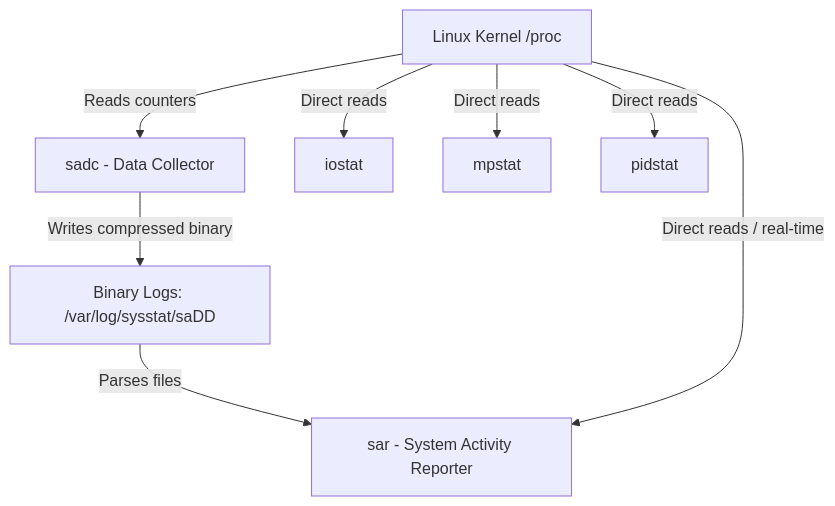
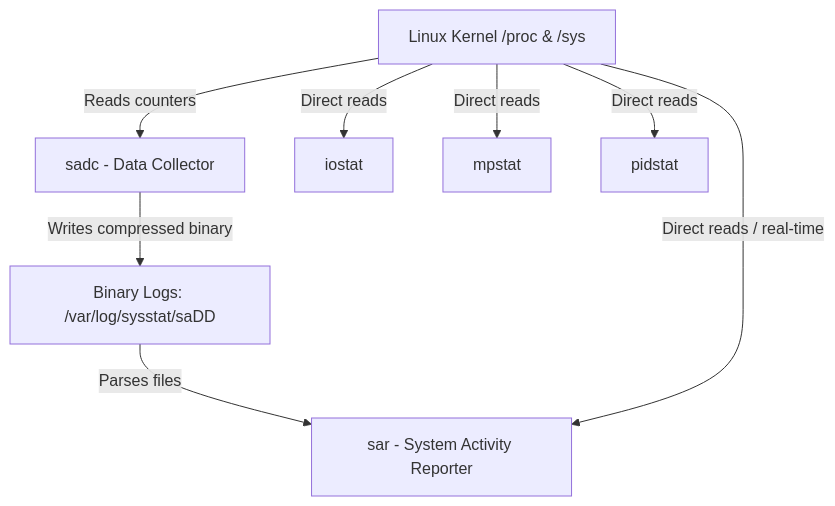
One commit to Hownameee/note changed the diagram in sysstat/sysstat.md. Above: the diagram before and after it, drawn with Mermaid. The commit also changed other lines of this file, not shown here.

Commit message:
docs: update sysstat architecture and local running guide

````diff
--- a/sysstat/sysstat.md
+++ b/sysstat/sysstat.md
@@ -50,11 +53,11 @@
 ```mermaid
 graph TD
-    K[Linux Kernel /proc] -->|Reads counters| SADC[sadc - Data Collector]
+    K[Linux Kernel /proc & /sys] -->|Reads counters| SADC[sadc - Data Collector]
     K -->|Direct reads| IO[iostat]
     K -->|Direct reads| MP[mpstat]
     K -->|Direct reads| PID[pidstat]
     
     SADC -->|Writes compressed binary| LOGS[Binary Logs: /var/log/sysstat/saDD]
     LOGS -->|Parses files| SAR[sar - System Activity Reporter]
     K -->|Direct reads / real-time| SAR
 ```
````
